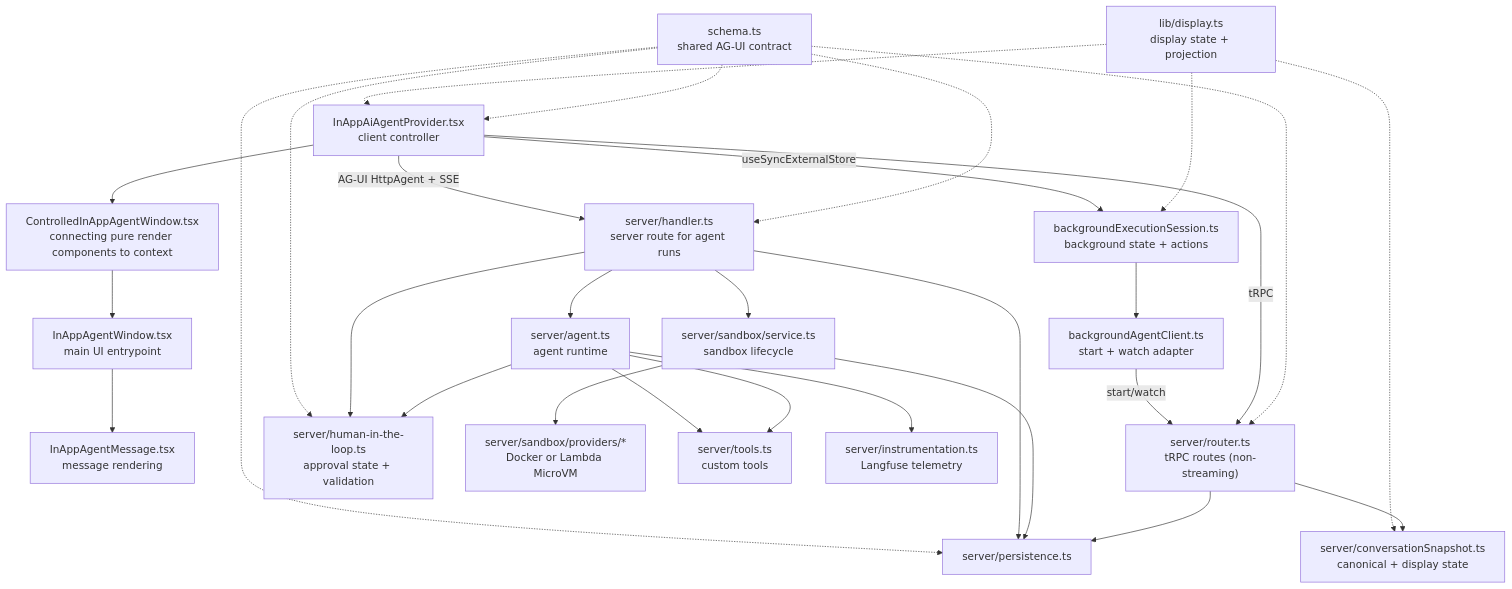
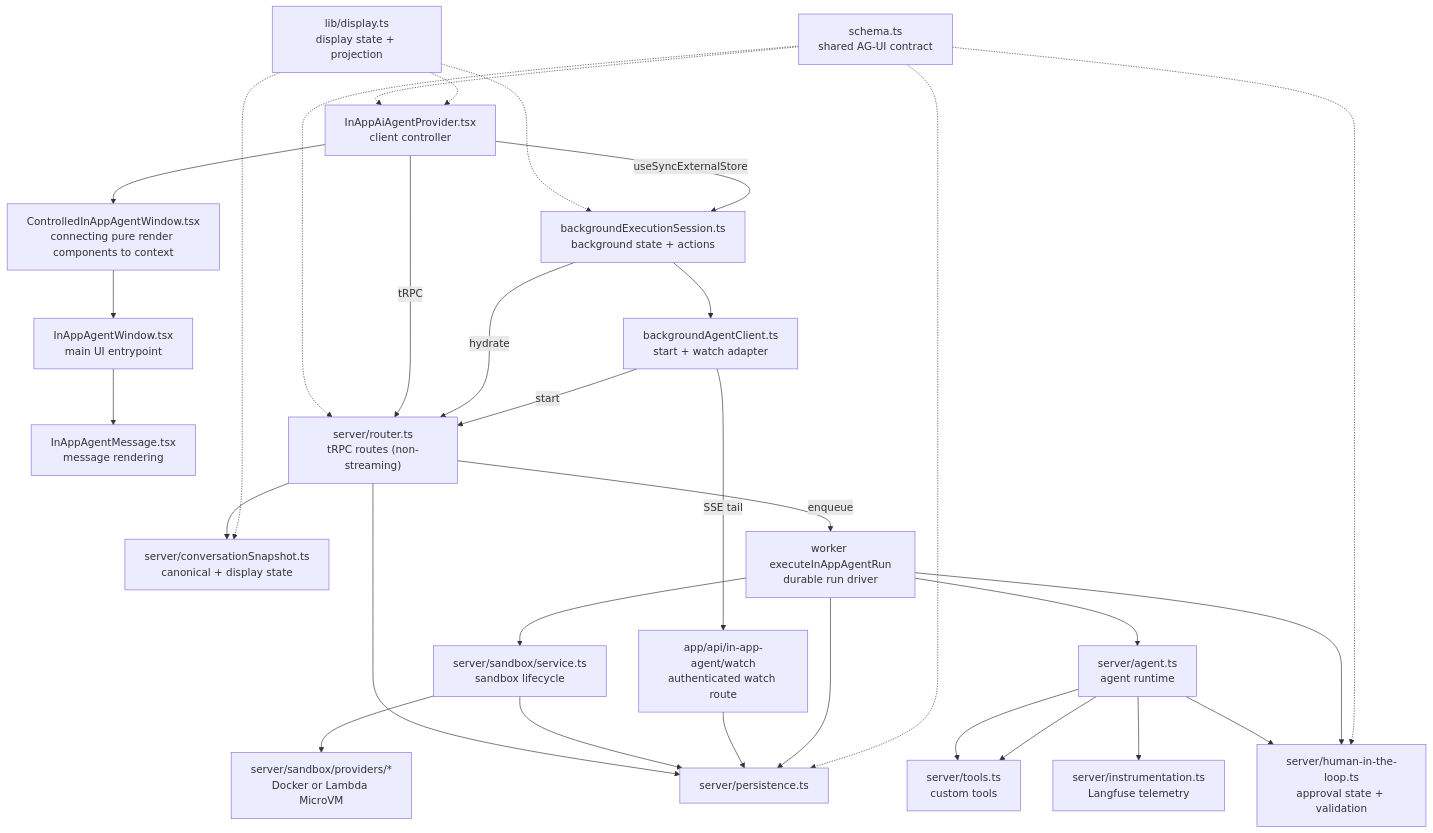
Before and after one commit to welcomelwd/every-skill: the diagram in knowledge/evaluations/langfuse/web/src/features/in-app-agent/README.md, drawn with Mermaid. The commit also changed other lines of this file and 8308 other files, not shown here.

````diff
--- a/knowledge/evaluations/langfuse/web/src/features/in-app-agent/README.md
+++ b/knowledge/evaluations/langfuse/web/src/features/in-app-agent/README.md
@@ -69,35 +62,37 @@
 ```mermaid
 flowchart TB
   Provider["InAppAiAgentProvider.tsx\nclient controller"]
   Provider --> Controlled["ControlledInAppAgentWindow.tsx\nconnecting pure render components to context"]
   Controlled --> Window["InAppAgentWindow.tsx\nmain UI entrypoint"]
   Window --> Message["InAppAgentMessage.tsx\nmessage rendering"]
 
-  Provider -->|AG-UI HttpAgent + SSE| Handler["server/handler.ts\nserver route for agent runs"]
   Provider -->|useSyncExternalStore| Session["backgroundExecutionSession.ts\nbackground state + actions"]
   Session --> BackgroundClient["backgroundAgentClient.ts\nstart + watch adapter"]
   Display["lib/display.ts\ndisplay state + projection"] -.-> Provider
   Display -.-> Session
   Display -.-> Snapshot["server/conversationSnapshot.ts\ncanonical + display state"]
   Router --> Snapshot
-  BackgroundClient -->|start/watch| Router
+  BackgroundClient -->|start| Router
+  Session -->|hydrate| Router
+  BackgroundClient -->|SSE tail| Watch["app/api/in-app-agent/watch\nauthenticated watch route"]
   Provider -->|tRPC| Router["server/router.ts\ntRPC routes (non-streaming)"]
 
   Schema["schema.ts\nshared AG-UI contract"] -.-> Provider
-  Schema -.-> Handler
   Schema -.-> HumanLoop["server/human-in-the-loop.ts\napproval state + validation"]
   Schema -.-> Router
   Schema -.-> Persistence["server/persistence.ts"]
 
-  Handler --> Persistence
-  Handler --> Sandbox["server/sandbox/service.ts\nsandbox lifecycle"]
-  Handler --> Agent["server/agent.ts\nagent runtime"]
-  Handler --> HumanLoop
+  Router -->|enqueue| Worker["worker executeInAppAgentRun\ndurable run driver"]
+  Worker --> Persistence
+  Worker --> Sandbox["server/sandbox/service.ts\nsandbox lifecycle"]
+  Worker --> Agent["server/agent.ts\nagent runtime"]
+  Worker --> HumanLoop
+  Watch --> Persistence
   Sandbox --> Persistence
   Sandbox --> Providers["server/sandbox/providers/*\nDocker or Lambda MicroVM"]
   Agent --> HumanLoop
   Agent --> Tools["server/tools.ts\ncustom tools"]
   Agent --> Tools
   Agent --> Instrumentation["server/instrumentation.ts\nLangfuse telemetry"]
   Router --> Persistence
 ```
````
